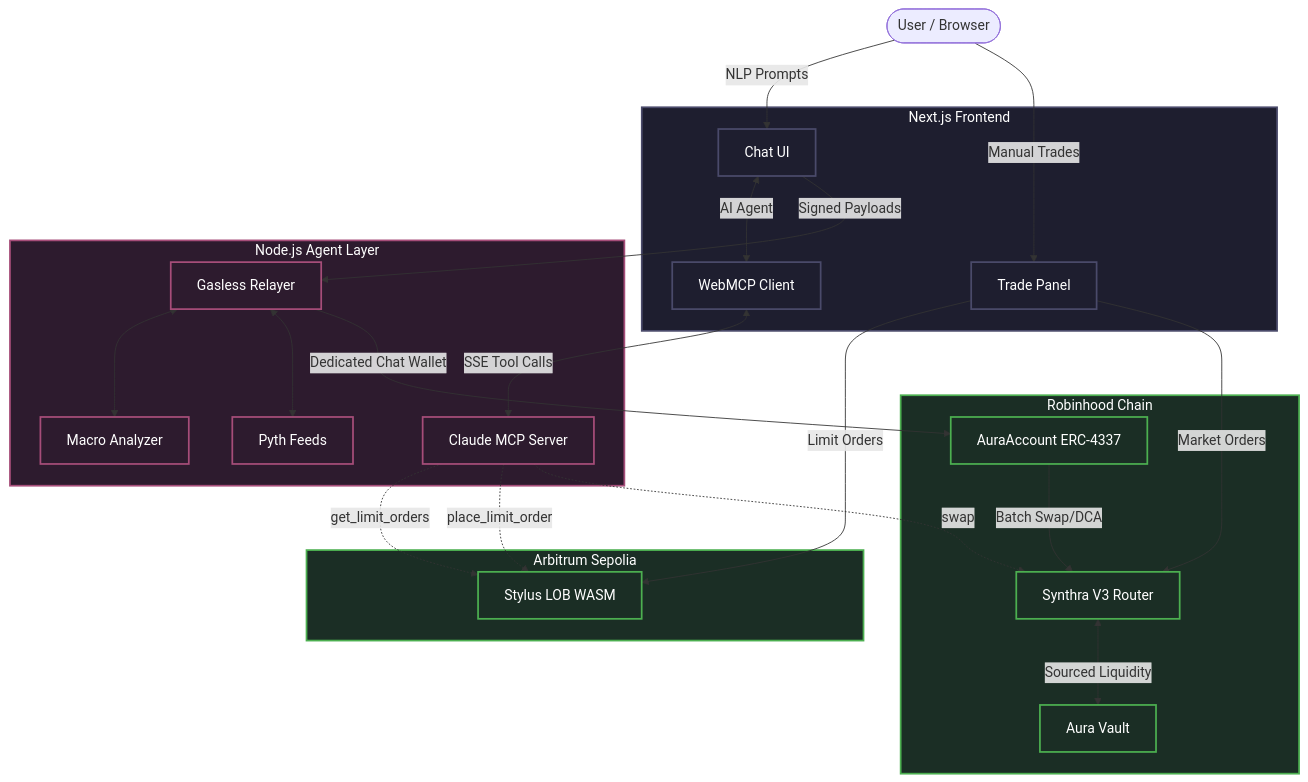
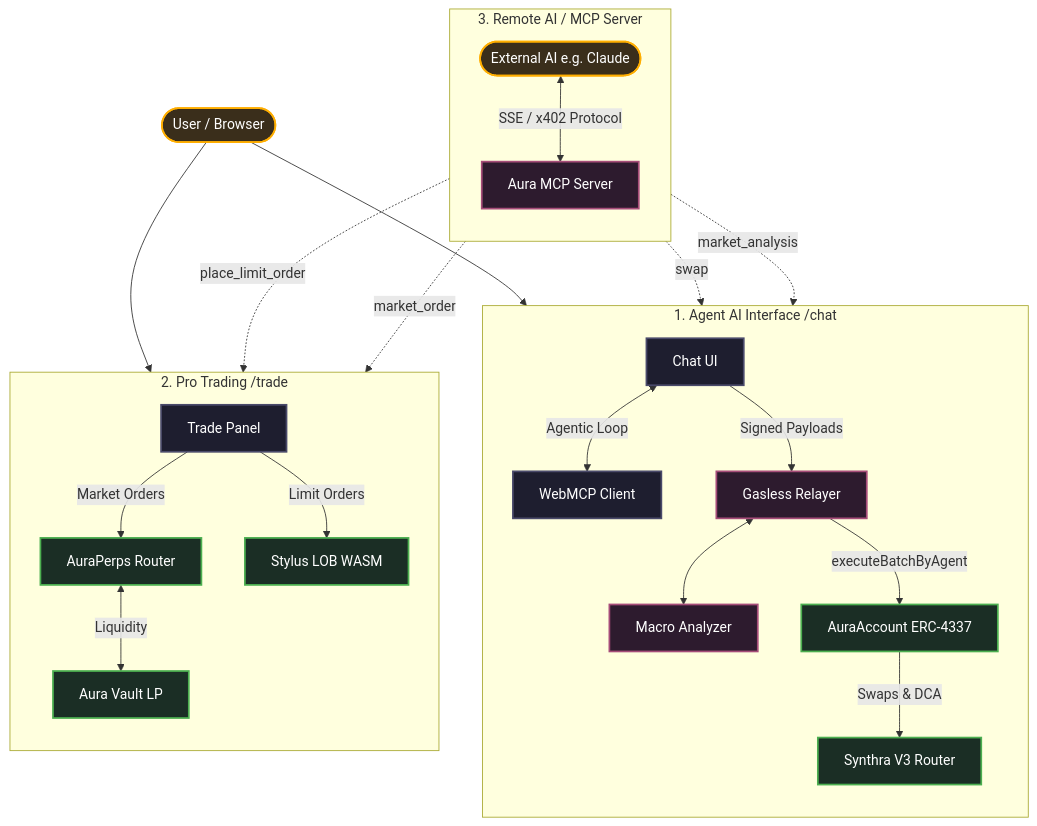
The diagram in README.md (maxence81/Aura-Protocol), drawn with Mermaid before and after one commit.

Commit message:
docs: restructure architecture diagram in README to clearly separate /chat, /trade, and MCP flows

````diff
--- a/README.md
+++ b/README.md
@@ -77,59 +77,58 @@
 ```mermaid
 graph TD
     User([User / Browser])
     
-    subgraph Frontend [Next.js Frontend]
+    subgraph Flow1 [1. Agent AI Interface /chat]
+        direction TB
         ChatUI[Chat UI]
-        TradeUI[Trade Panel]
         WebMCP[WebMCP Client]
+        Relayer[Gasless Relayer]
+        Macro[Macro Analyzer]
+        Account[AuraAccount ERC-4337]
+        SpotRouter[Synthra V3 Router]
+        
+        ChatUI <-->|Agentic Loop| WebMCP
+        ChatUI -->|Signed Payloads| Relayer
+        Relayer <--> Macro
+        Relayer -->|executeBatchByAgent| Account
+        Account -->|Swaps & DCA| SpotRouter
     end
     
-    subgraph Backend [Node.js Agent Layer]
-        Relayer[Gasless Relayer]
-        MCP[Claude MCP Server]
-        Macro[Macro Analyzer]
-        Pyth[Pyth Feeds]
+    subgraph Flow2 [2. Pro Trading /trade]
+        direction TB
+        TradeUI[Trade Panel]
+        PerpsRouter[AuraPerps Router]
+        Stylus[Stylus LOB WASM]
+        Vault[Aura Vault LP]
+        
+        TradeUI -->|Market Orders| PerpsRouter
+        TradeUI -->|Limit Orders| Stylus
+        PerpsRouter <-->|Liquidity| Vault
     end
     
-    subgraph Robinhood [Robinhood Chain]
-        Account[AuraAccount ERC-4337]
-        Router[Synthra V3 Router]
-        Vault[Aura Vault]
+    subgraph Flow3 [3. Remote AI / MCP Server]
+        direction TB
+        ExternalAI([External AI e.g. Claude])
+        MCP[Aura MCP Server]
+        
+        ExternalAI <-->|SSE / x402 Protocol| MCP
+        MCP -.->|place_limit_order| Stylus
+        MCP -.->|market_order| PerpsRouter
+        MCP -.->|swap| SpotRouter
+        MCP -.->|market_analysis| Macro
     end
     
-    subgraph Arbitrum [Arbitrum Sepolia]
-        Stylus[Stylus LOB WASM]
-    end
+    User --> ChatUI
+    User --> TradeUI
     
-    %% Frontend Connections
-    User -->|NLP Prompts| ChatUI
-    User -->|Manual Trades| TradeUI
-    ChatUI <-->|AI Agent| WebMCP
-    
-    %% Backend Connections
-    WebMCP <-->|SSE Tool Calls| MCP
-    ChatUI -->|Signed Payloads| Relayer
-    Relayer <--> Macro
-    Relayer <--> Pyth
-    
-    %% Execution
-    TradeUI -->|Limit Orders| Stylus
-    TradeUI -->|Market Orders| Router
-    
-    Relayer -->|Dedicated Chat Wallet| Account
-    Account -->|Batch Swap/DCA| Router
-    Router <-->|Sourced Liquidity| Vault
-    
-    %% AI capabilities
-    MCP -.->|get_limit_orders| Stylus
-    MCP -.->|place_limit_order| Stylus
-    MCP -.->|swap| Router
-    
-    classDef frontend fill:#1e1e2f,stroke:#4a4a6a,stroke-width:2px,color:#fff;
+    %% Style definitions
+    classDef ui fill:#1e1e2f,stroke:#4a4a6a,stroke-width:2px,color:#fff;
     classDef backend fill:#2d1b2e,stroke:#a64d79,stroke-width:2px,color:#fff;
     classDef contract fill:#1b2e25,stroke:#4caf50,stroke-width:2px,color:#fff;
+    classDef external fill:#3a2e1b,stroke:#ffae00,stroke-width:2px,color:#fff;
     
-    class Frontend,ChatUI,TradeUI,WebMCP frontend;
-    class Backend,Relayer,MCP,Macro,Pyth backend;
-    class Robinhood,Arbitrum,Account,Router,Vault,Stylus contract;
+    class ChatUI,TradeUI,WebMCP ui;
+    class Relayer,Macro,MCP backend;
+    class Account,SpotRouter,PerpsRouter,Stylus,Vault contract;
+    class ExternalAI,User external;
 ```
````
